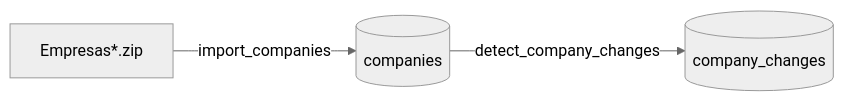
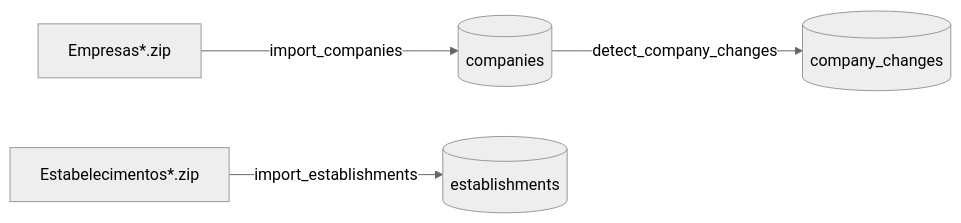
Before and after one commit to luizbahl/lince: the diagram in services/ingestor/README.md, drawn with Mermaid (neutral theme). The commit also changed other lines of this file and 5 other files, not shown here.

Commit message:
feat/ingestor-import-establishments

````diff
--- a/services/ingestor/README.md
+++ b/services/ingestor/README.md
@@ -8,5 +8,6 @@
 ```mermaid
 flowchart LR
     ZIP[Empresas*.zip] -->|import_companies| C[(companies)]
+    EZIP[Estabelecimentos*.zip] -->|import_establishments| E[(establishments)]
     C -->|detect_company_changes| CC[(company_changes)]
 ```
````
